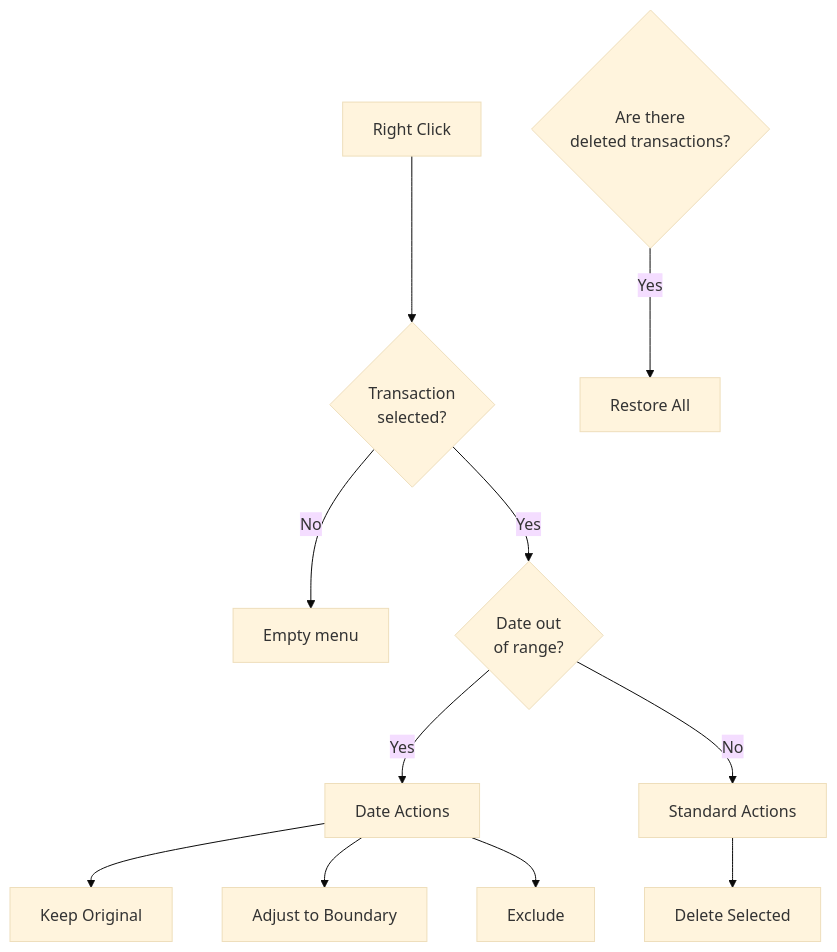
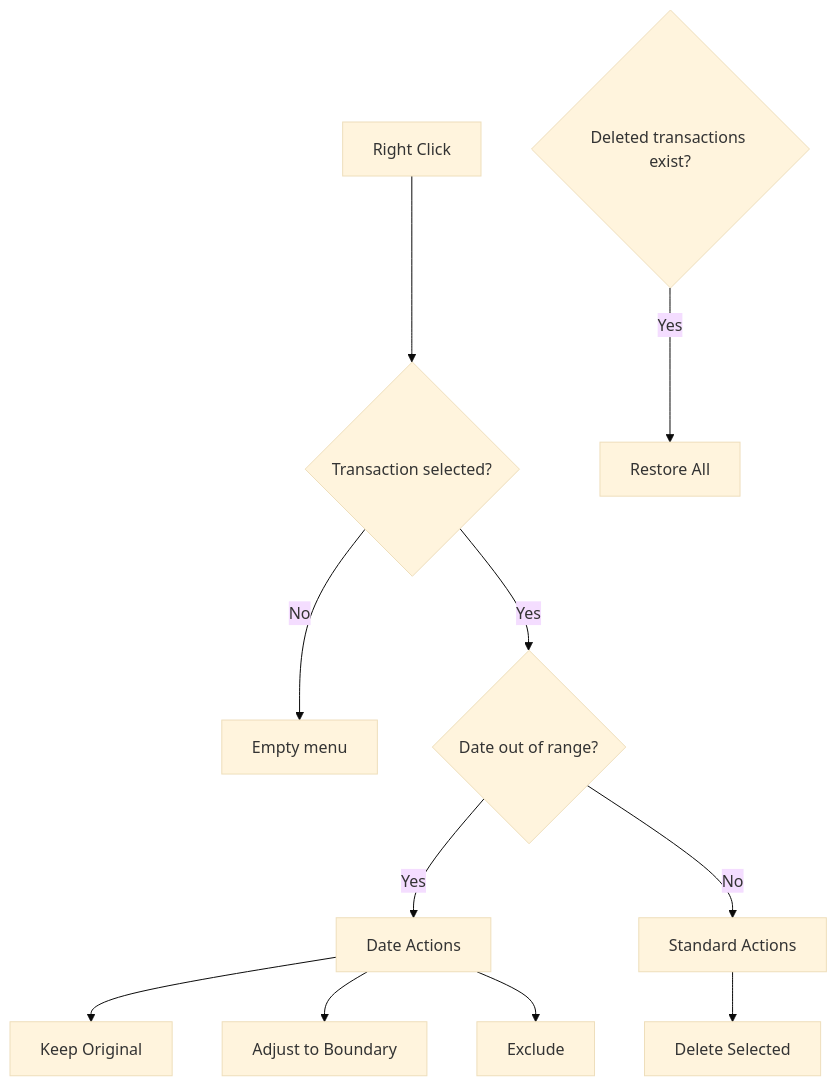
One commit to andrebarsotti/csv-to-ofx-converter changed the second of 2 diagrams in docs/en/classes/TransactionManager.md. Above: the diagram before and after it, drawn with Mermaid (base theme). The commit also changed 13 other files, not shown here.

Commit message:
fix: Remove unsupported br tags from Mermaid diagrams for GitHub rendering

````diff
--- a/docs/en/classes/TransactionManager.md
+++ b/docs/en/classes/TransactionManager.md
@@ -72,17 +72,17 @@
 ```mermaid
 flowchart TD
-    A[Right Click] --> B{Transaction<br/>selected?}
+    A[Right Click] --> B{Transaction selected?}
     B -->|No| C[Empty menu]
-    B -->|Yes| D{Date out<br/>of range?}
+    B -->|Yes| D{Date out of range?}
     
     D -->|Yes| E[Date Actions]
     E --> E1[Keep Original]
     E --> E2[Adjust to Boundary]
     E --> E3[Exclude]
     
     D -->|No| F[Standard Actions]
     F --> F1[Delete Selected]
     
-    G{Are there<br/>deleted transactions?}
+    G{Deleted transactions exist?}
     G -->|Yes| H[Restore All]
 ```
````
